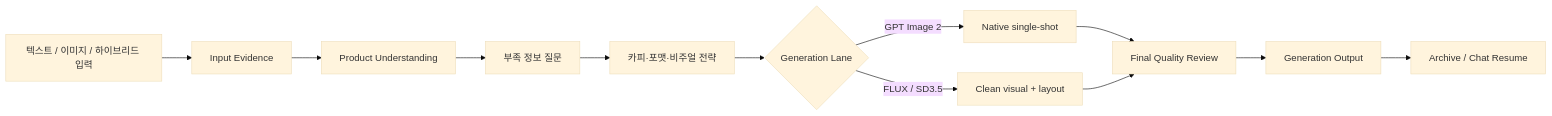
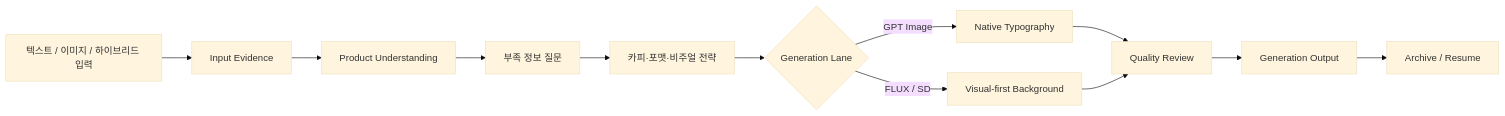
One commit to ming2tofu33/pjt-sprint_ai07_easyadsAGENT changed the first of 2 diagrams in README.md. Above: the diagram before and after it, drawn with Mermaid (base theme). The commit also changed other lines of this file and 11 other files, not shown here.

````diff
--- a/README.md
+++ b/README.md
@@ -277,14 +167,14 @@
 ```mermaid
 flowchart LR
     A["텍스트 / 이미지 / 하이브리드 입력"] --> B["Input Evidence"]
     B --> C["Product Understanding"]
     C --> D["부족 정보 질문"]
     D --> E["카피·포맷·비주얼 전략"]
     E --> F{"Generation Lane"}
-    F -->|GPT Image 2| G["Native single-shot"]
-    F -->|FLUX / SD3.5| H["Clean visual + layout"]
-    G --> I["Final Quality Review"]
+    F -->|GPT Image| G["Native Typography"]
+    F -->|FLUX / SD| H["Visual-first Background"]
+    G --> I["Quality Review"]
     H --> I
     I --> J["Generation Output"]
-    J --> K["Archive / Chat Resume"]
+    J --> K["Archive / Resume"]
 ```
````
